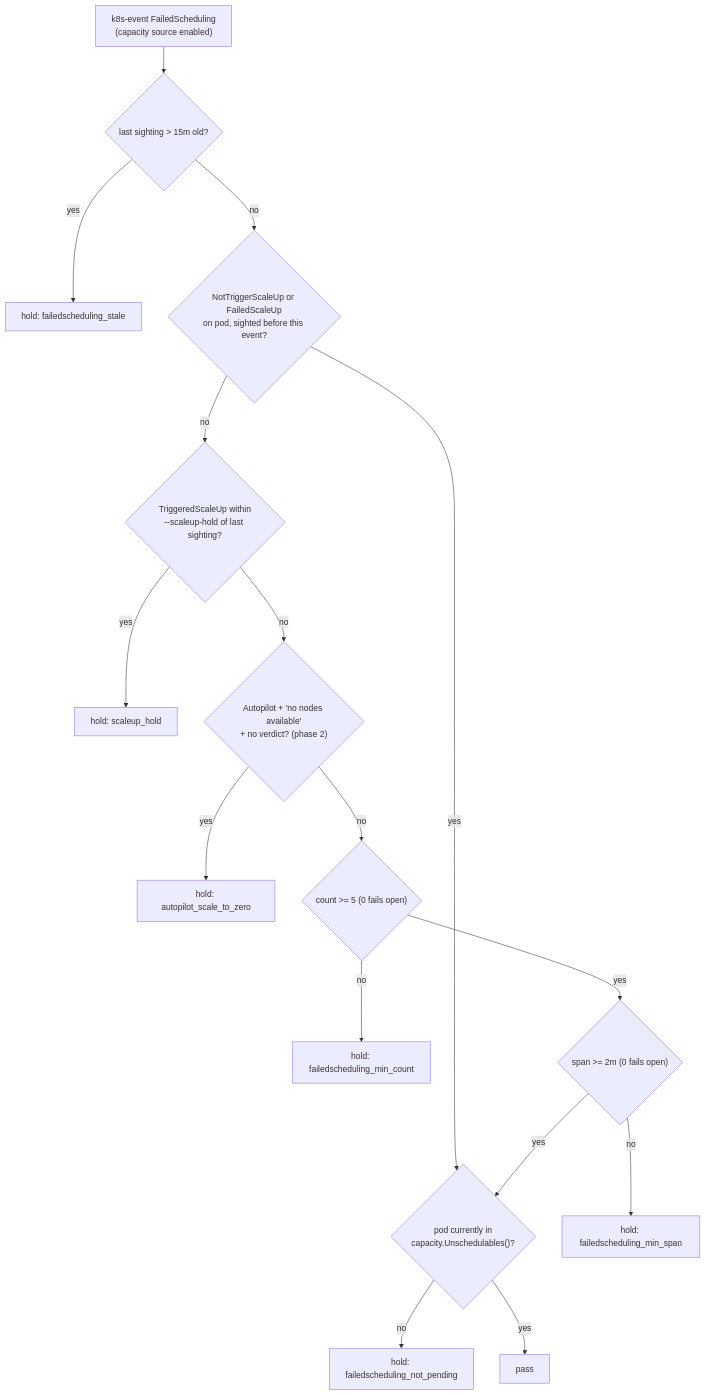
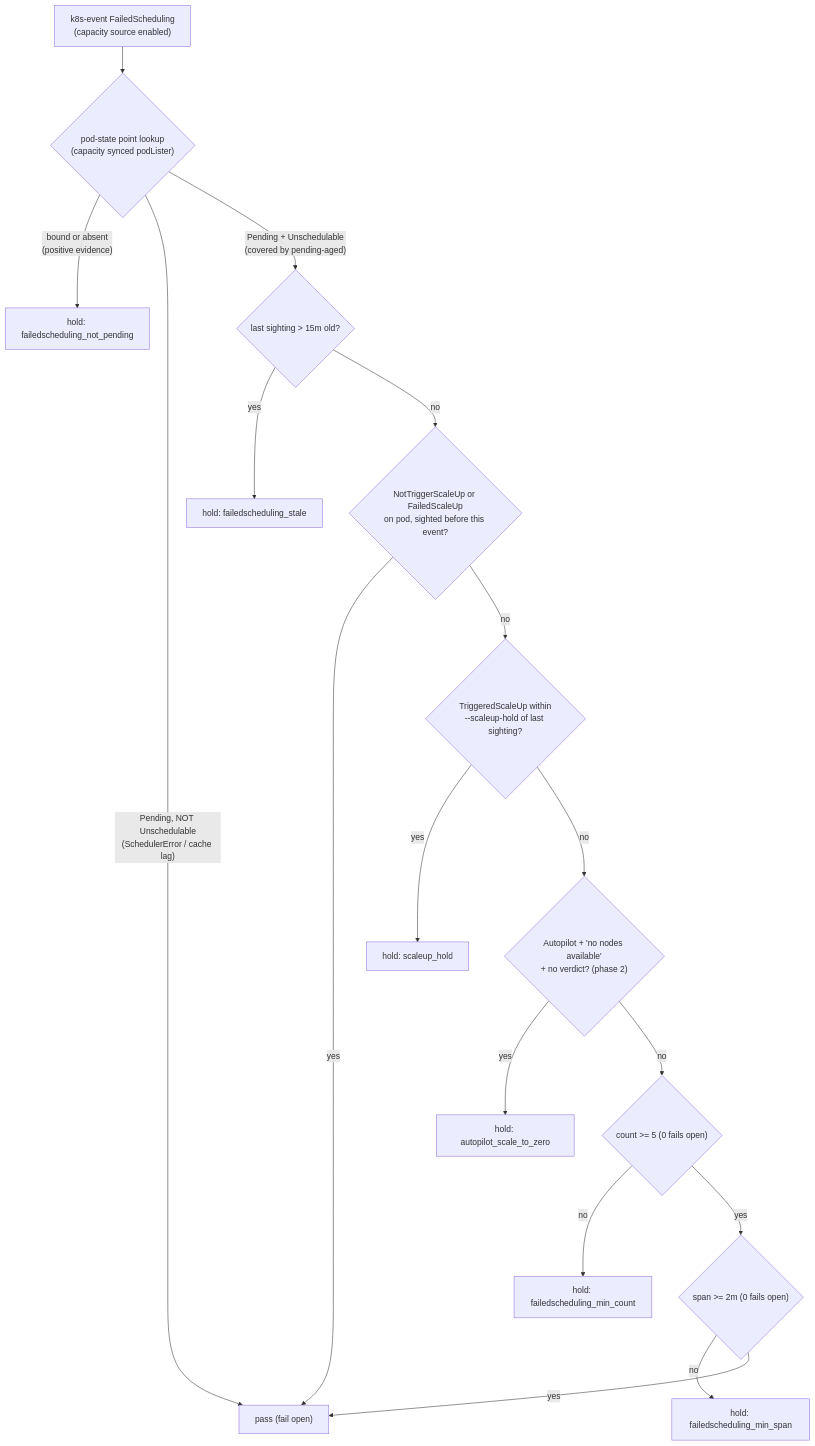
The diagram in docs/assessments/2026-11-18-kube-agents-event-watcher-noise.md (go-steer/k8s-lookout), drawn with Mermaid before and after one commit. The commit also changed other lines of this file, not shown here.

````diff
--- a/docs/assessments/2026-11-18-kube-agents-event-watcher-noise.md
+++ b/docs/assessments/2026-11-18-kube-agents-event-watcher-noise.md
@@ -236,18 +236,19 @@
 ```mermaid
 flowchart TD
-    A["k8s-event FailedScheduling\n(capacity source enabled)"] --> B{"last sighting > 15m old?"}
+    A["k8s-event FailedScheduling\n(capacity source enabled)"] --> U0{"pod-state point lookup\n(capacity synced podLister)"}
+    U0 -- "bound or absent\n(positive evidence)" --> H0["hold: failedscheduling_not_pending"]
+    U0 -- "Pending, NOT Unschedulable\n(SchedulerError / cache lag)" --> P["pass (fail open)"]
+    U0 -- "Pending + Unschedulable\n(covered by pending-aged)" --> B{"last sighting > 15m old?"}
     B -- yes --> H1["hold: failedscheduling_stale"]
     B -- no --> C{"NotTriggerScaleUp or FailedScaleUp\non pod, sighted before this event?"}
-    C -- yes --> U1{"pod currently in\ncapacity.Unschedulables()?"}
+    C -- yes --> P
     C -- no --> D{"TriggeredScaleUp within\n--scaleup-hold of last sighting?"}
     D -- yes --> H2["hold: scaleup_hold"]
     D -- no --> E{"Autopilot + 'no nodes available'\n+ no verdict? (phase 2)"}
     E -- yes --> H3["hold: autopilot_scale_to_zero"]
     E -- no --> F{"count >= 5 (0 fails open)"}
     F -- no --> H4["hold: failedscheduling_min_count"]
     F -- yes --> G{"span >= 2m (0 fails open)"}
     G -- no --> H5["hold: failedscheduling_min_span"]
-    G -- yes --> U1
-    U1 -- no --> H6["hold: failedscheduling_not_pending"]
-    U1 -- yes --> P["pass"]
+    G -- yes --> P
 ```
````
